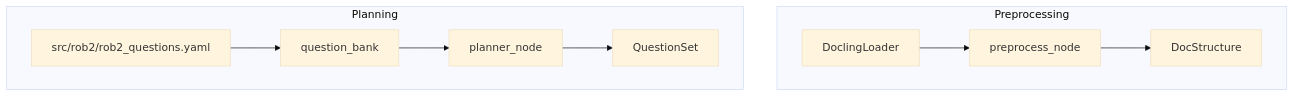
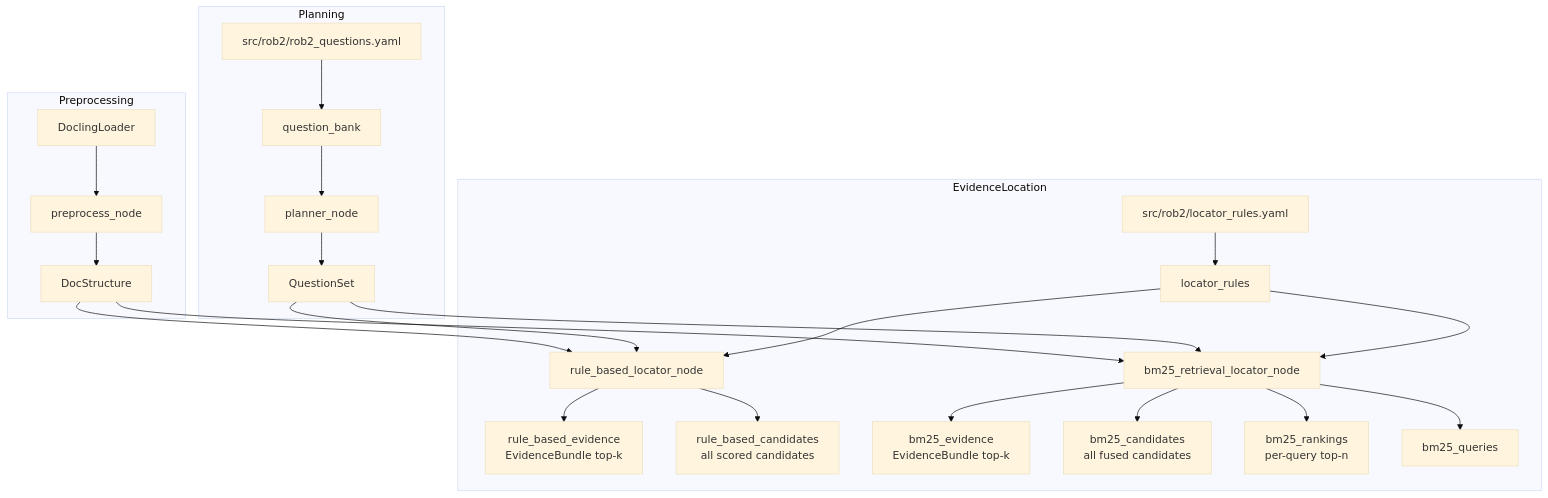
The diagram in docs/system-uml.md (Younthing/eagent), drawn with Mermaid (base theme) before and after one commit. The commit also changed other lines of this file and 20 other files, not shown here.

````diff
--- a/docs/system-uml.md
+++ b/docs/system-uml.md
@@ -3,13 +3,30 @@
 ```mermaid
 flowchart TD
   subgraph Preprocessing
     A[DoclingLoader] --> B[preprocess_node]
     B --> C[DocStructure]
   end
 
   subgraph Planning
     D[src/rob2/rob2_questions.yaml] --> E[question_bank]
     E --> F[planner_node]
     F --> G[QuestionSet]
   end
+
+  subgraph EvidenceLocation
+    H[src/rob2/locator_rules.yaml] --> I[locator_rules]
+    C --> J[rule_based_locator_node]
+    G --> J
+    I --> J
+    J --> K[rule_based_evidence<br/>EvidenceBundle top-k]
+    J --> L[rule_based_candidates<br/>all scored candidates]
+
+    C --> M[bm25_retrieval_locator_node]
+    G --> M
+    I --> M
+    M --> N[bm25_evidence<br/>EvidenceBundle top-k]
+    M --> O[bm25_candidates<br/>all fused candidates]
+    M --> P[bm25_rankings<br/>per-query top-n]
+    M --> Q[bm25_queries]
+  end
 ```
````
